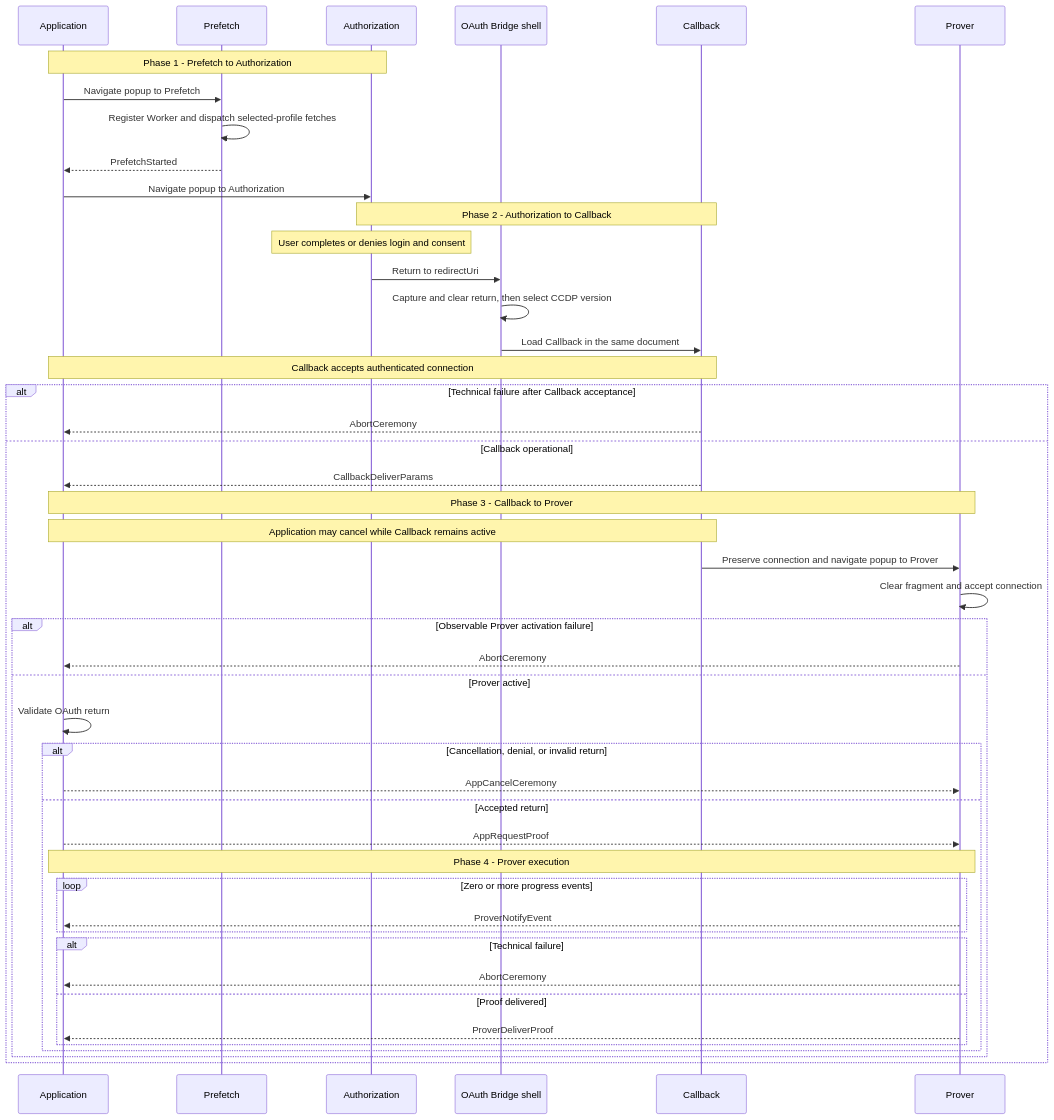
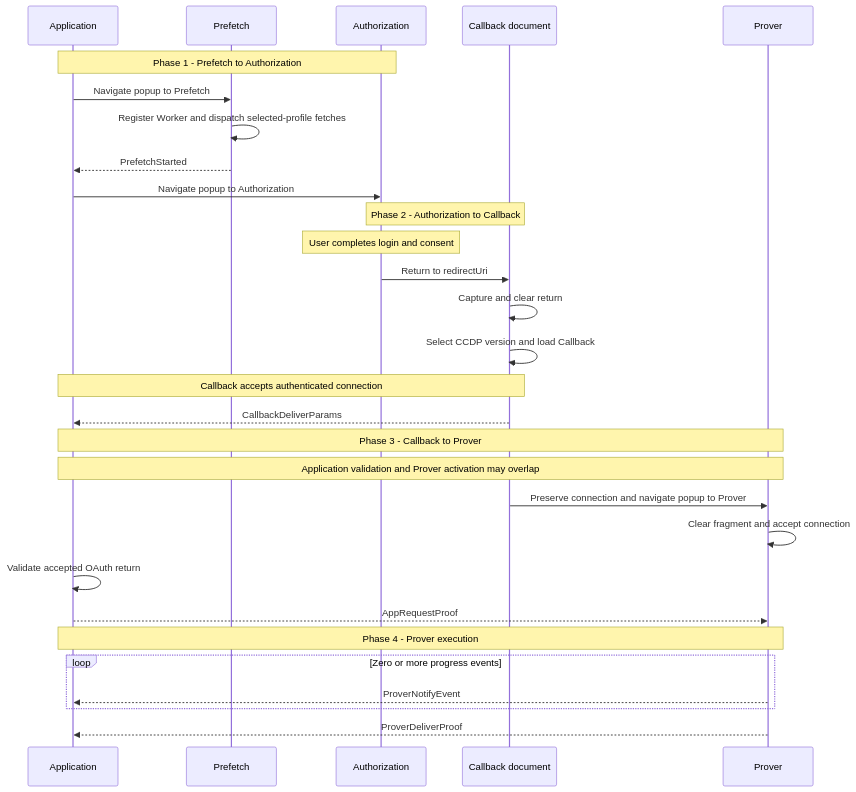
The diagram in ts/packages/ceremony/CCDP.md (libid-org/libid), drawn with Mermaid before and after one commit. The commit also changed other lines of this file, not shown here.

Commit message:
docs(ccdp): simplify sequence to success path

````diff
--- a/ts/packages/ceremony/CCDP.md
+++ b/ts/packages/ceremony/CCDP.md
@@ -436,52 +436,35 @@
 ```mermaid
 sequenceDiagram
     participant A as Application
     participant F as Prefetch
     participant O as Authorization
-    participant B as OAuth Bridge shell
-    participant C as Callback
+    participant C as Callback document
     participant P as Prover
 
     Note over A,O: Phase 1 - Prefetch to Authorization
     A->>F: Navigate popup to Prefetch
     F->>F: Register Worker and dispatch selected-profile fetches
     F-->>A: PrefetchStarted
     A->>O: Navigate popup to Authorization
 
     Note over O,C: Phase 2 - Authorization to Callback
-    Note over O: User completes or denies login and consent
-    O->>B: Return to redirectUri
-    B->>B: Capture and clear return, then select CCDP version
-    B->>C: Load Callback in the same document
+    Note over O: User completes login and consent
+    O->>C: Return to redirectUri
+    C->>C: Capture and clear return
+    C->>C: Select CCDP version and load Callback
     Note over A,C: Callback accepts authenticated connection
-    alt Technical failure after Callback acceptance
-        C-->>A: AbortCeremony
-    else Callback operational
-        C-->>A: CallbackDeliverParams
+    C-->>A: CallbackDeliverParams
 
-        Note over A,P: Phase 3 - Callback to Prover
-        Note over A,C: Application may cancel while Callback remains active
-        C->>P: Preserve connection and navigate popup to Prover
-        P->>P: Clear fragment and accept connection
-        alt Observable Prover activation failure
-            P-->>A: AbortCeremony
-        else Prover active
-            A->>A: Validate OAuth return
-            alt Cancellation, denial, or invalid return
-                A-->>P: AppCancelCeremony
-            else Accepted return
-                A-->>P: AppRequestProof
+    Note over A,P: Phase 3 - Callback to Prover
+    Note over A,P: Application validation and Prover activation may overlap
+    C->>P: Preserve connection and navigate popup to Prover
+    P->>P: Clear fragment and accept connection
+    A->>A: Validate accepted OAuth return
+    A-->>P: AppRequestProof
 
-                Note over A,P: Phase 4 - Prover execution
-                loop Zero or more progress events
-                    P-->>A: ProverNotifyEvent
-                end
-                alt Technical failure
-                    P-->>A: AbortCeremony
-                else Proof delivered
-                    P-->>A: ProverDeliverProof
-                end
-            end
-        end
+    Note over A,P: Phase 4 - Prover execution
+    loop Zero or more progress events
+        P-->>A: ProverNotifyEvent
     end
+    P-->>A: ProverDeliverProof
 ```
````
